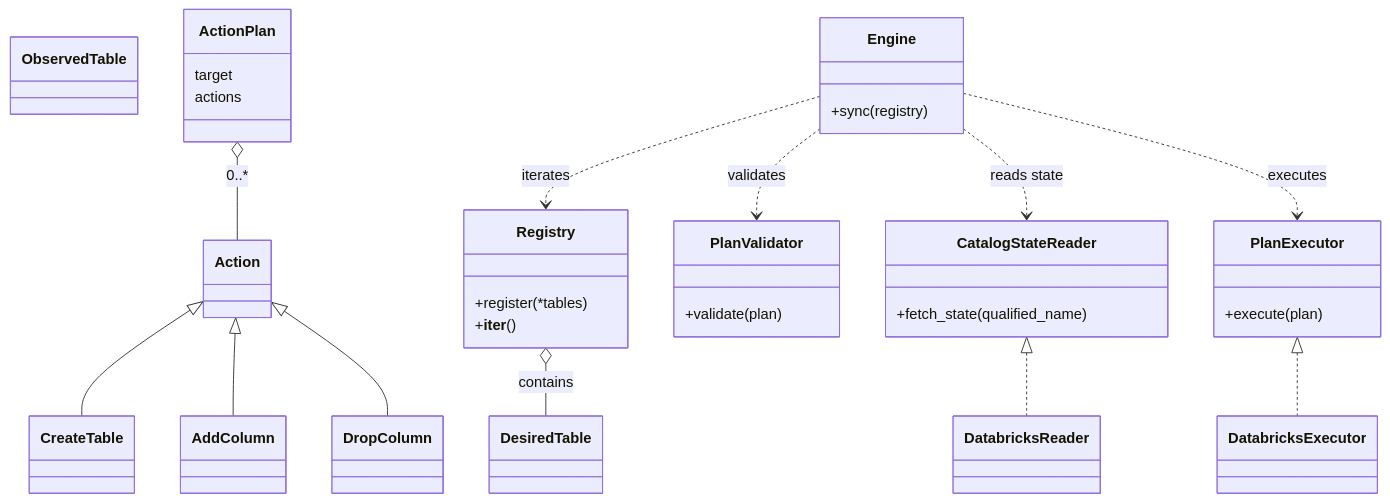
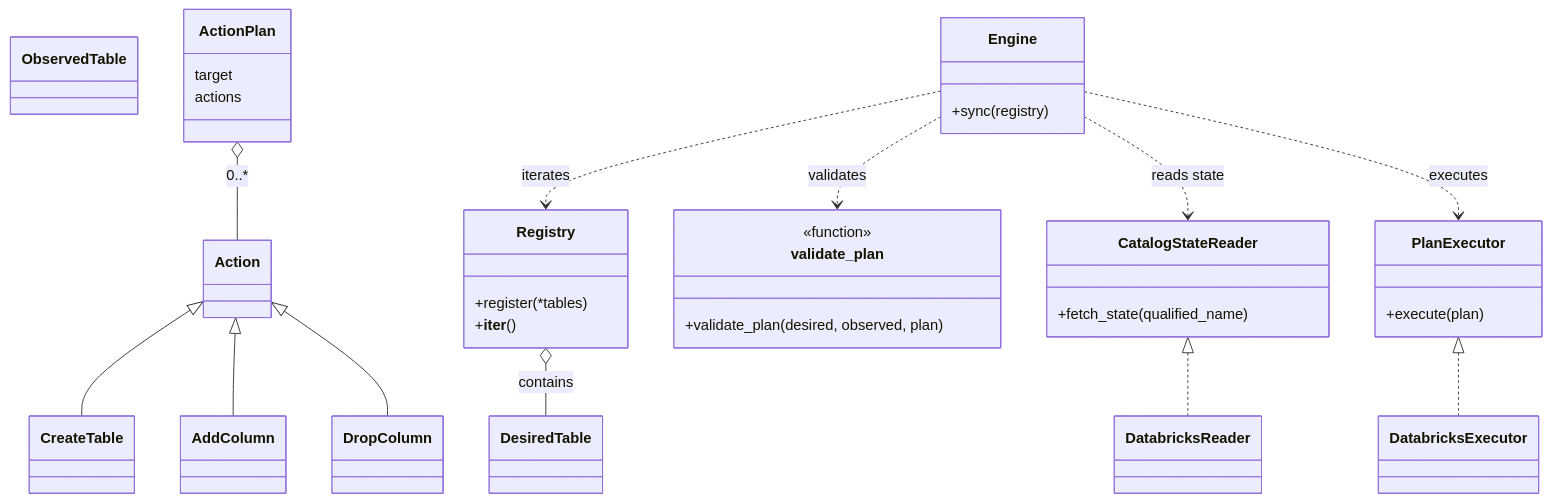
The first of 3 diagrams in docs/architecture.md (Tomoscorbin/delta-engine), drawn with Mermaid before and after one commit. The commit also changed other lines of this file and 5 other files, not shown here.

First line of the commit message:
refactor: dissolve PlanValidator class into validate_plan function

````diff
--- a/docs/architecture.md
+++ b/docs/architecture.md
@@ -7,55 +7,57 @@
 ```mermaid
 classDiagram
-    %% === Ports (interfaces the Engine talks to) ===
+    %% === What the Engine talks to: ports (reader/executor), the registry,
+    %% === and validate_plan (a pure function, not a port) ===
     class Registry {
       +register(*tables)
       +__iter__()
     }
     class CatalogStateReader {
       +fetch_state(qualified_name)
     }
-    class PlanValidator {
-      +validate(plan)
+    class validate_plan {
+      <<function>>
+      +validate_plan(desired, observed, plan)
     }
     class PlanExecutor {
       +execute(plan)
     }
 
     %% === Adapters (implementations) ===
     class DatabricksReader
     class DatabricksExecutor
 
     %% === Domain types ===
     class DesiredTable
     class ObservedTable
     class ActionPlan {
       target
       actions
     }
     class Action
     class CreateTable
     class AddColumn
     class DropColumn
     class Engine {
       +sync(registry)
     }
 
     %% Engine depends on ports (dotted = lightweight dependency)
     Engine ..> Registry : iterates
     Engine ..> CatalogStateReader : reads state
-    Engine ..> PlanValidator : validates
+    Engine ..> validate_plan : validates
     Engine ..> PlanExecutor : executes
 
     %% Port -> Adapter realizations
     CatalogStateReader <|.. DatabricksReader
     PlanExecutor <|.. DatabricksExecutor
 
     %% Data/model relations
     Registry o-- DesiredTable : contains
 
     %% Plan structure
     ActionPlan o-- Action : 0..*
     Action <|-- CreateTable
     Action <|-- AddColumn
     Action <|-- DropColumn
 ```
````
